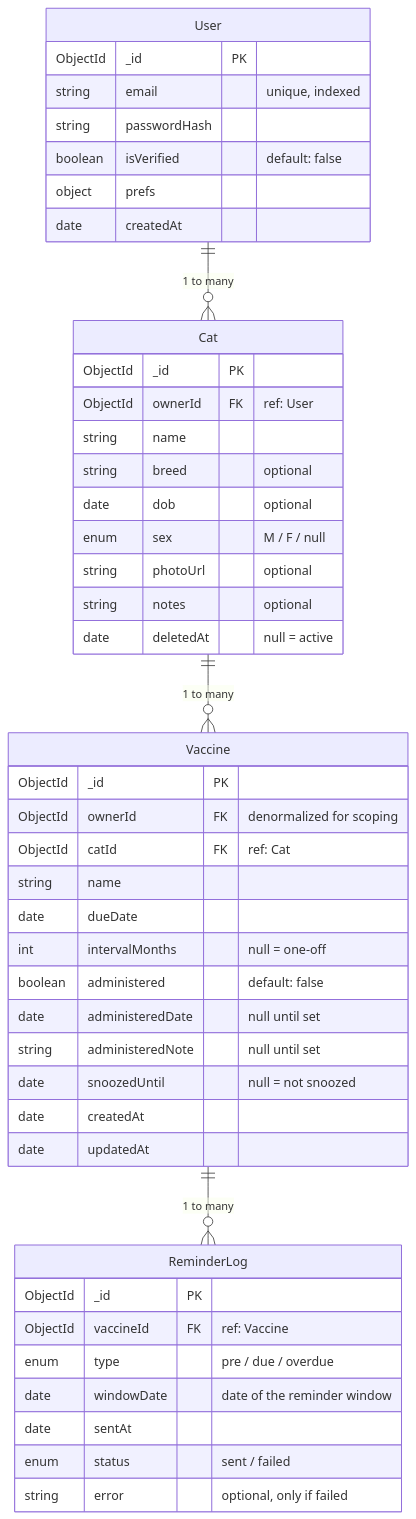
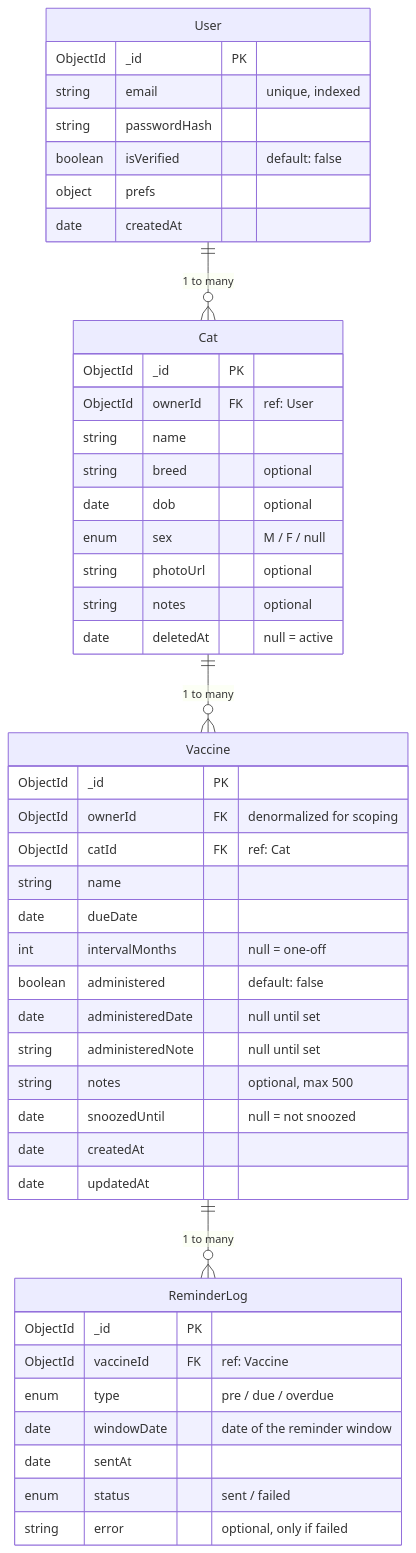
One commit to cpmacatangay/catvac changed the diagram in context/SCHEMA.md. Above: the diagram before and after it, drawn with Mermaid. The commit also changed other lines of this file and 2 other files, not shown here.

````diff
--- a/context/SCHEMA.md
+++ b/context/SCHEMA.md
@@ -22,51 +23,52 @@
 ```mermaid
 erDiagram
     User ||--o{ Cat : "1 to many"
     User {
         ObjectId  _id PK
         string    email "unique, indexed"
         string    passwordHash
         boolean   isVerified "default: false"
         object    prefs
         date      createdAt
     }
 
     Cat ||--o{ Vaccine : "1 to many"
     Cat {
         ObjectId  _id PK
         ObjectId  ownerId FK "ref: User"
         string    name
         string    breed "optional"
         date      dob "optional"
         enum      sex "M / F / null"
         string    photoUrl "optional"
         string    notes "optional"
         date      deletedAt "null = active"
     }
 
     Vaccine ||--o{ ReminderLog : "1 to many"
     Vaccine {
         ObjectId  _id PK
         ObjectId  ownerId FK "denormalized for scoping"
         ObjectId  catId FK "ref: Cat"
         string    name
         date      dueDate
         int       intervalMonths "null = one-off"
         boolean   administered "default: false"
         date      administeredDate "null until set"
         string    administeredNote "null until set"
+        string    notes "optional, max 500"
         date      snoozedUntil "null = not snoozed"
         date      createdAt
         date      updatedAt
     }
 
     ReminderLog {
         ObjectId  _id PK
         ObjectId  vaccineId FK "ref: Vaccine"
         enum      type "pre / due / overdue"
         date      windowDate "date of the reminder window"
         date      sentAt
         enum      status "sent / failed"
         string    error "optional, only if failed"
     }
 ```
````
